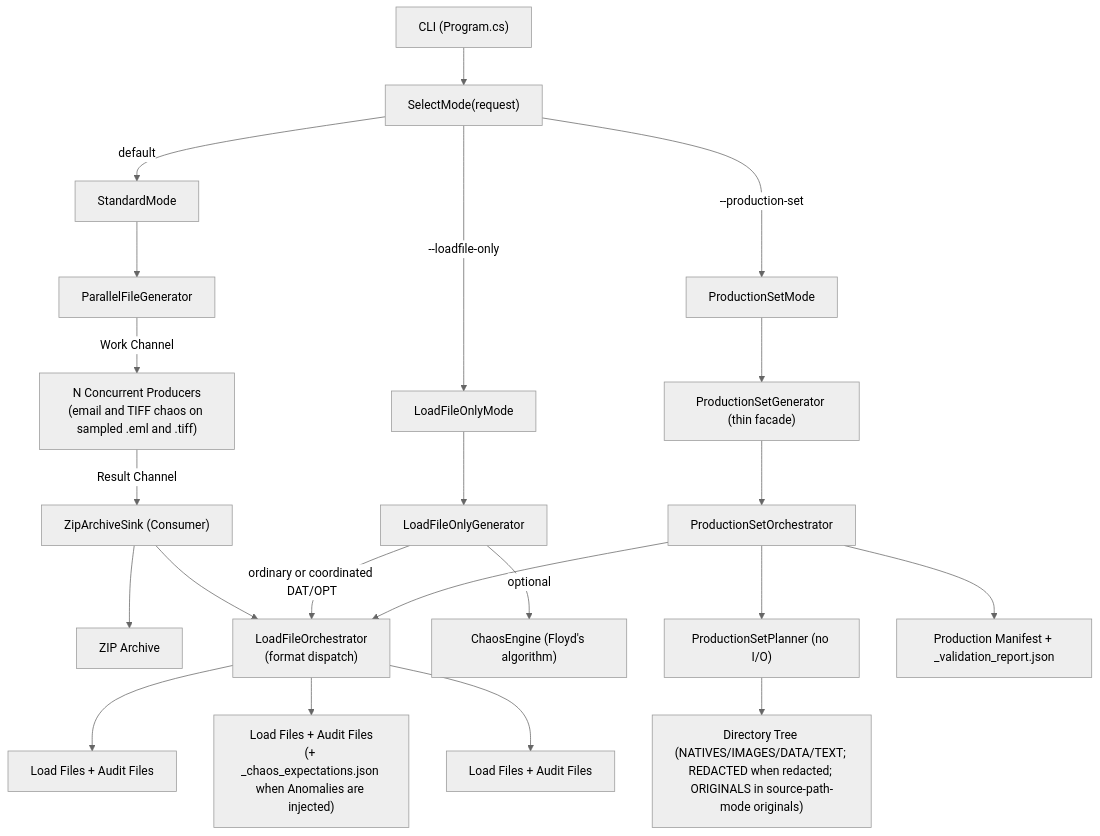
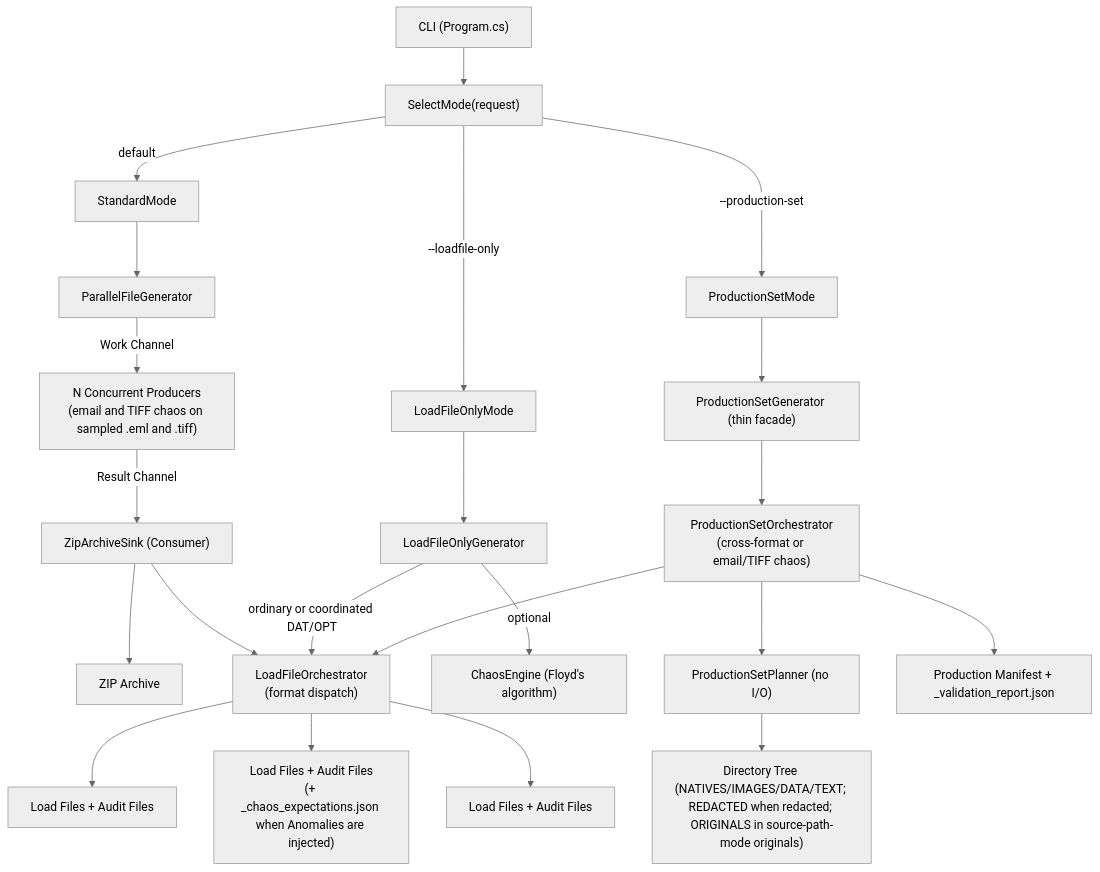
The first of 3 diagrams in docs/architecture.md (dwojtaszek/zipper), drawn with Mermaid (neutral theme) before and after one commit. The commit also changed 19 other files, not shown here.

````diff
--- a/docs/architecture.md
+++ b/docs/architecture.md
@@ -46,28 +46,28 @@
 ```mermaid
 graph TD
     CLI["CLI (Program.cs)"]
     CLI --> SelectMode["SelectMode(request)"]
     SelectMode -->|"default"| StandardMode["StandardMode"]
     SelectMode -->|"--loadfile-only"| LoadFileOnlyMode["LoadFileOnlyMode"]
     SelectMode -->|"--production-set"| ProductionSetMode["ProductionSetMode"]
 
     StandardMode --> PFG["ParallelFileGenerator"]
     PFG -->|"Work Channel"| Producers["N Concurrent Producers<br/>(email and TIFF chaos on sampled .eml and .tiff)"]
     Producers -->|"Result Channel"| ZAS["ZipArchiveSink (Consumer)"]
     ZAS --> ZIP["ZIP Archive"]
     ZAS --> LFO["LoadFileOrchestrator<br/>(format dispatch)"]
     LFO --> LF1["Load Files + Audit Files"]
 
     LoadFileOnlyMode --> LOG["LoadFileOnlyGenerator"]
     LOG -->|"optional"| Chaos["ChaosEngine (Floyd's algorithm)"]
     LFO --> LF2["Load Files + Audit Files<br/>(+ _chaos_expectations.json when Anomalies are injected)"]
     LOG -->|"ordinary or coordinated DAT/OPT"| LFO
 
     ProductionSetMode --> PSG["ProductionSetGenerator (thin facade)"]
-    PSG --> PSO["ProductionSetOrchestrator"]
+    PSG --> PSO["ProductionSetOrchestrator<br/>(cross-format or email/TIFF chaos)"]
     PSO --> PSP["ProductionSetPlanner (no I/O)"]
     PSP --> Tree["Directory Tree (NATIVES/IMAGES/DATA/TEXT; REDACTED when redacted; ORIGINALS in source-path-mode originals)"]
     PSO --> LFO
     LFO --> LF3["Load Files + Audit Files"]
     PSO --> Manifest["Production Manifest + _validation_report.json"]
 ```
````
